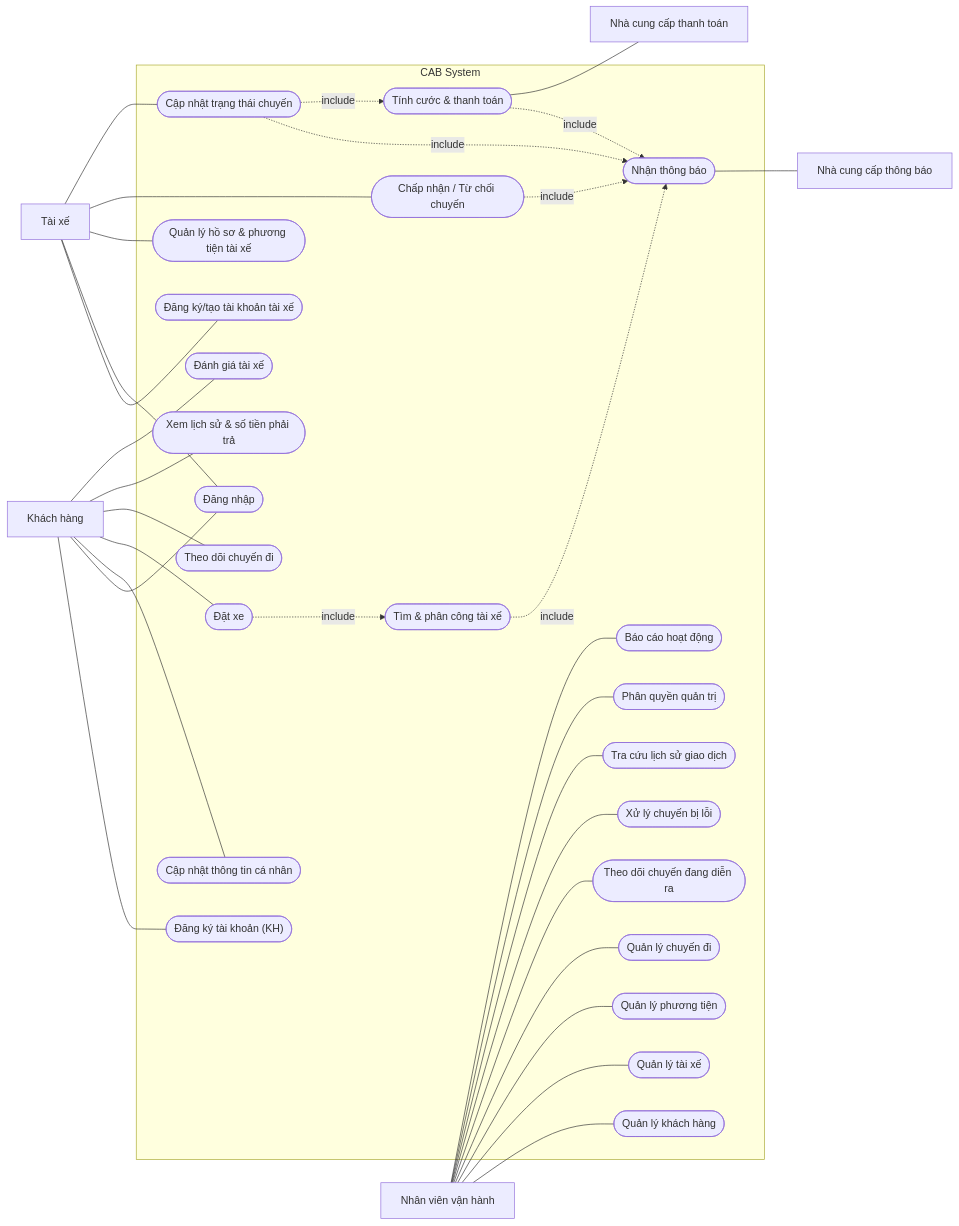
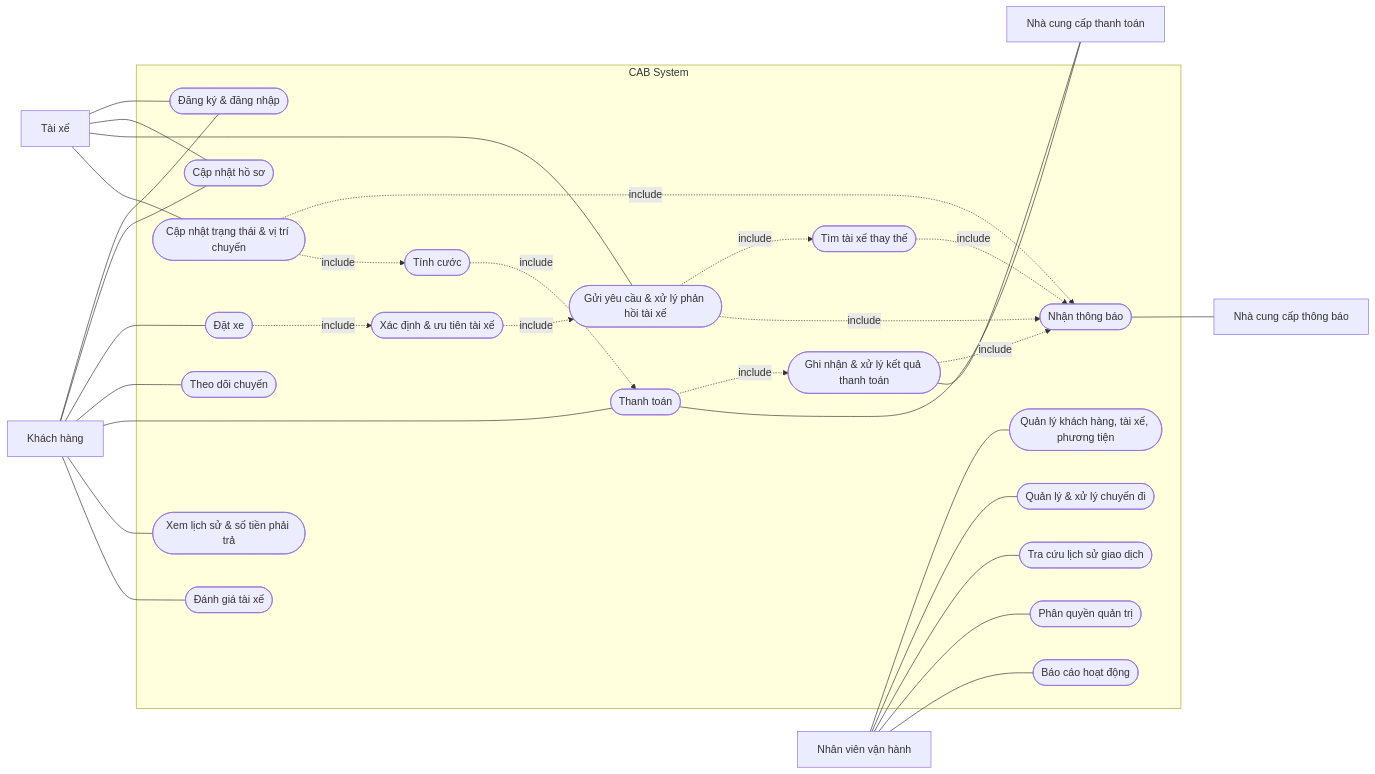
The fourth of 4 diagrams in srs.md (nthaitoan05/23720891_NguyenThaiToan_CABSYSTEM), drawn with Mermaid before and after one commit. The commit also changed other lines of this file, not shown here.

````diff
--- a/srs.md
+++ b/srs.md
@@ -442,73 +426,67 @@
 ```mermaid
 flowchart LR
 
     Customer["Khách hàng"]
     Driver["Tài xế"]
     Operator["Nhân viên vận hành"]
     Payment["Nhà cung cấp thanh toán"]
     Notification["Nhà cung cấp thông báo"]
 
     subgraph CAB["CAB System"]
 
-        UC01(["Đăng ký tài khoản (KH)"])
-        UC02(["Đăng ký/tạo tài khoản tài xế"])
-        UC03(["Đăng nhập"])
-        UC04(["Cập nhật thông tin cá nhân"])
-        UC05(["Quản lý hồ sơ & phương tiện tài xế"])
+        UC01(["Đăng ký & đăng nhập"])
+        UC02(["Cập nhật hồ sơ"])
+        UC03(["Đặt xe"])
+        UC04(["Xác định & ưu tiên tài xế"])
+        UC05(["Gửi yêu cầu & xử lý phản hồi tài xế"])
+        UC06(["Tìm tài xế thay thế"])
+        UC07(["Cập nhật trạng thái & vị trí chuyến"])
+        UC08(["Theo dõi chuyến"])
+        UC09(["Tính cước"])
+        UC10(["Thanh toán"])
+        UC11(["Ghi nhận & xử lý kết quả thanh toán"])
+        UC12(["Nhận thông báo"])
+        UC13(["Xem lịch sử & số tiền phải trả"])
+        UC14(["Đánh giá tài xế"])
 
-        UC06(["Đặt xe"])
-        UC07(["Tìm & phân công tài xế"])
-        UC08(["Chấp nhận / Từ chối chuyến"])
-        UC09(["Cập nhật trạng thái chuyến"])
-        UC10(["Theo dõi chuyến đi"])
-
-        UC11(["Tính cước & thanh toán"])
-        UC12(["Xem lịch sử & số tiền phải trả"])
-        UC13(["Đánh giá tài xế"])
-        UC14(["Nhận thông báo"])
-
-        UC15(["Quản lý khách hàng"])
-        UC16(["Quản lý tài xế"])
-        UC17(["Quản lý phương tiện"])
-        UC18(["Quản lý chuyến đi"])
-        UC19(["Theo dõi chuyến đang diễn ra"])
-        UC20(["Xử lý chuyến bị lỗi"])
-        UC21(["Tra cứu lịch sử giao dịch"])
-        UC22(["Phân quyền quản trị"])
-        UC23(["Báo cáo hoạt động"])
+        UC15(["Quản lý khách hàng, tài xế, phương tiện"])
+        UC16(["Quản lý & xử lý chuyến đi"])
+        UC17(["Tra cứu lịch sử giao dịch"])
+        UC18(["Phân quyền quản trị"])
+        UC19(["Báo cáo hoạt động"])
     end
 
     Customer --- UC01
+    Customer --- UC02
     Customer --- UC03
-    Customer --- UC04
-    Customer --- UC06
+    Customer --- UC08
     Customer --- UC10
-    Customer --- UC12
     Customer --- UC13
+    Customer --- UC14
 
+    Driver --- UC01
     Driver --- UC02
-    Driver --- UC03
     Driver --- UC05
-    Driver --- UC08
-    Driver --- UC09
+    Driver --- UC07
 
-    UC06 -.->|include| UC07
-    UC07 -.->|include| UC14
-    UC08 -.->|include| UC14
-    UC09 -.->|include| UC14
-    UC09 -.->|include| UC11
-    UC11 -.->|include| UC14
+    UC03 -.->|include| UC04
+    UC04 -.->|include| UC05
+    UC05 -.->|include| UC06
+    UC05 -.->|include| UC12
+    UC06 -.->|include| UC12
+    UC07 -.->|include| UC12
+    UC07 -.->|include| UC09
+    UC09 -.->|include| UC10
+    UC10 -.->|include| UC11
+    UC11 -.->|include| UC12
 
+    UC10 --- Payment
     UC11 --- Payment
-    UC14 --- Notification
+    UC12 --- Notification
 
     Operator --- UC15
     Operator --- UC16
     Operator --- UC17
     Operator --- UC18
     Operator --- UC19
-    Operator --- UC20
-    Operator --- UC21
-    Operator --- UC22
-    Operator --- UC23
 ```
````
